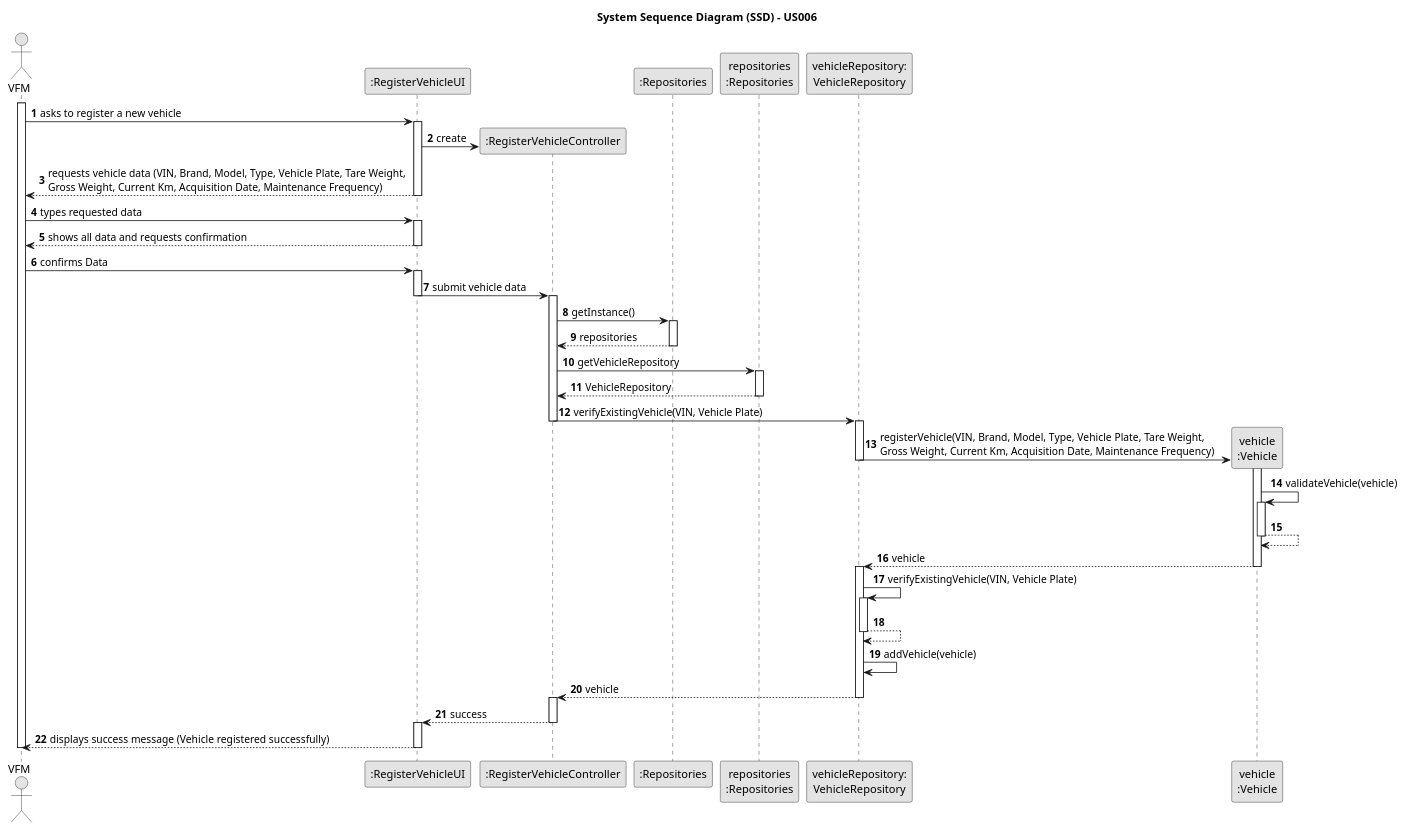
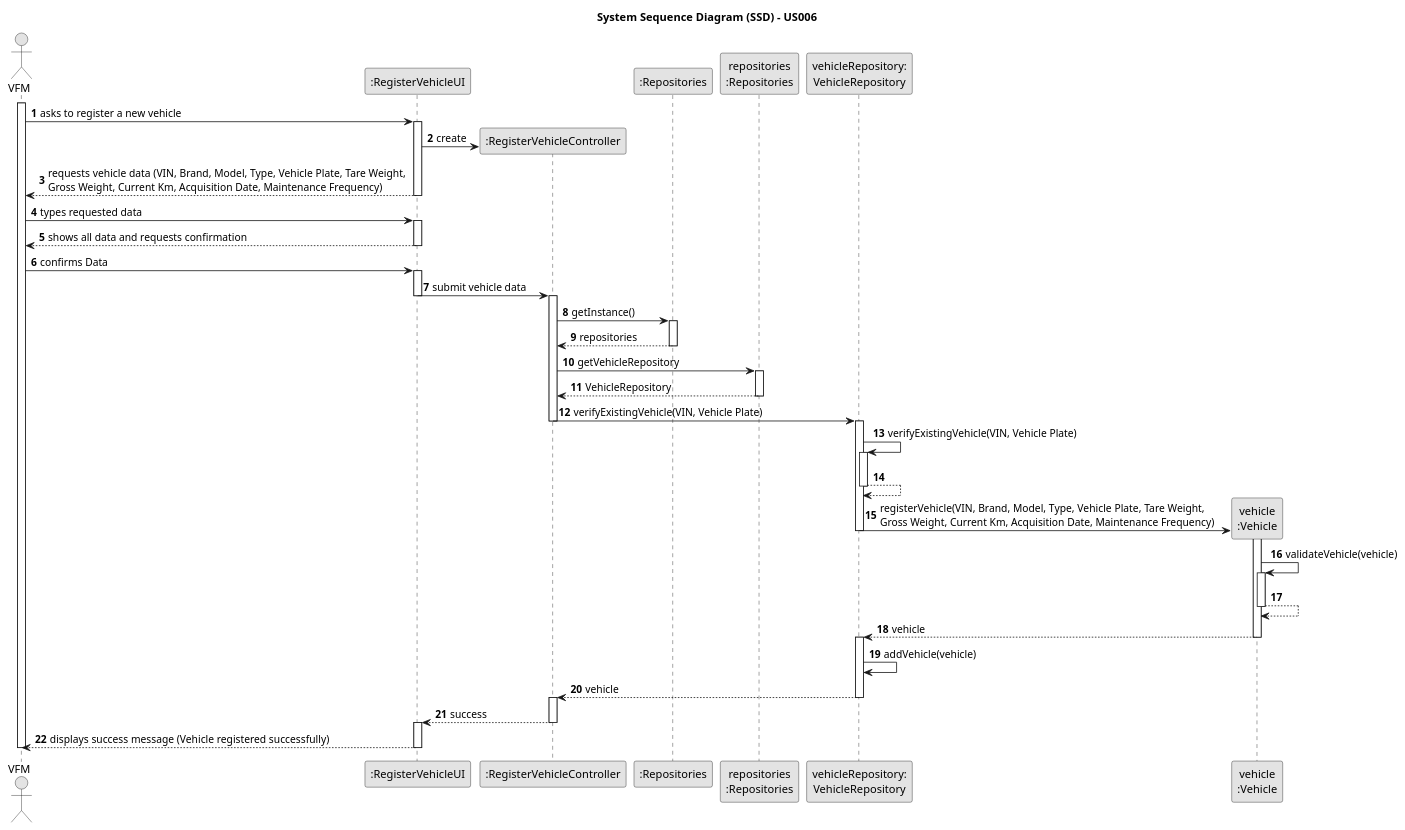
Before and after one commit to ricardomm7/leaflink: the diagram in docs/sprintB/us006/03.design/puml/us006-sequence-diagram-full.puml, drawn with PlantUML. The commit also changed 9 other files, not shown here.

```diff
--- a/docs/sprintB/us006/03.design/puml/us006-sequence-diagram-full.puml
+++ b/docs/sprintB/us006/03.design/puml/us006-sequence-diagram-full.puml
@@ -1,96 +1,99 @@
 @startuml
 skinparam monochrome true
 skinparam packageStyle rectangle
 skinparam shadowing false
 
 title System Sequence Diagram (SSD) - US006
 
 autonumber
 
 actor "VFM" as VFM
 participant ":RegisterVehicleUI" as UI
 participant ":RegisterVehicleController" as CTRL
 participant ":Repositories" as RepositorySingleton
 participant "repositories\n:Repositories" as PLAT
 participant "vehicleRepository:\nVehicleRepository" as VehicleRepository
 participant "vehicle\n:Vehicle" as VEI
 
 activate VFM
 
     VFM -> UI : asks to register a new vehicle
     activate UI
 
         UI -> CTRL** : create
 
         UI --> VFM : requests vehicle data (VIN, Brand, Model, Type, Vehicle Plate, Tare Weight, \nGross Weight, Current Km, Acquisition Date, Maintenance Frequency)
         deactivate UI
 
     VFM -> UI : types requested data
     activate UI
 
     UI --> VFM : shows all data and requests confirmation
     deactivate UI
 
     VFM -> UI: confirms Data
     activate UI
 
         UI -> CTRL : submit vehicle data
         deactivate UI
         activate CTRL
 
             CTRL -> RepositorySingleton: getInstance()
             activate RepositorySingleton
 
             RepositorySingleton --> CTRL: repositories
             deactivate RepositorySingleton
 
             CTRL -> PLAT: getVehicleRepository
             activate PLAT
 
             PLAT --> CTRL: VehicleRepository
             deactivate PLAT
 
         CTRL -> VehicleRepository : verifyExistingVehicle(VIN, Vehicle Plate)
         deactivate CTRL
 
             activate VehicleRepository
 
+        VehicleRepository -> VehicleRepository: verifyExistingVehicle(VIN, Vehicle Plate)
+                                activate VehicleRepository
+
+                                VehicleRepository --> VehicleRepository
+                                deactivate VehicleRepository
+
 
             VehicleRepository -> VEI **: registerVehicle(VIN, Brand, Model, Type, Vehicle Plate, Tare Weight, \nGross Weight, Current Km, Acquisition Date, Maintenance Frequency)
         deactivate VehicleRepository
             activate VEI
+
 
             VEI -> VEI: validateVehicle(vehicle)
             activate VEI
 
             VEI --> VEI
             deactivate VEI
 
             VEI --> VehicleRepository: vehicle
             deactivate VEI
             activate VehicleRepository
 
-            VehicleRepository -> VehicleRepository: verifyExistingVehicle(VIN, Vehicle Plate)
-                        activate VehicleRepository
 
-                        VehicleRepository --> VehicleRepository
-                        deactivate VehicleRepository
 
                         VehicleRepository -> VehicleRepository: addVehicle(vehicle)
 
 
             VehicleRepository --> CTRL: vehicle
             deactivate VehicleRepository
             activate CTRL
 
 
             CTRL --> UI : success
             deactivate CTRL
             activate UI
 
     UI --> VFM : displays success message (Vehicle registered successfully)
     deactivate UI
 
 deactivate VFM
 
 @enduml
```
